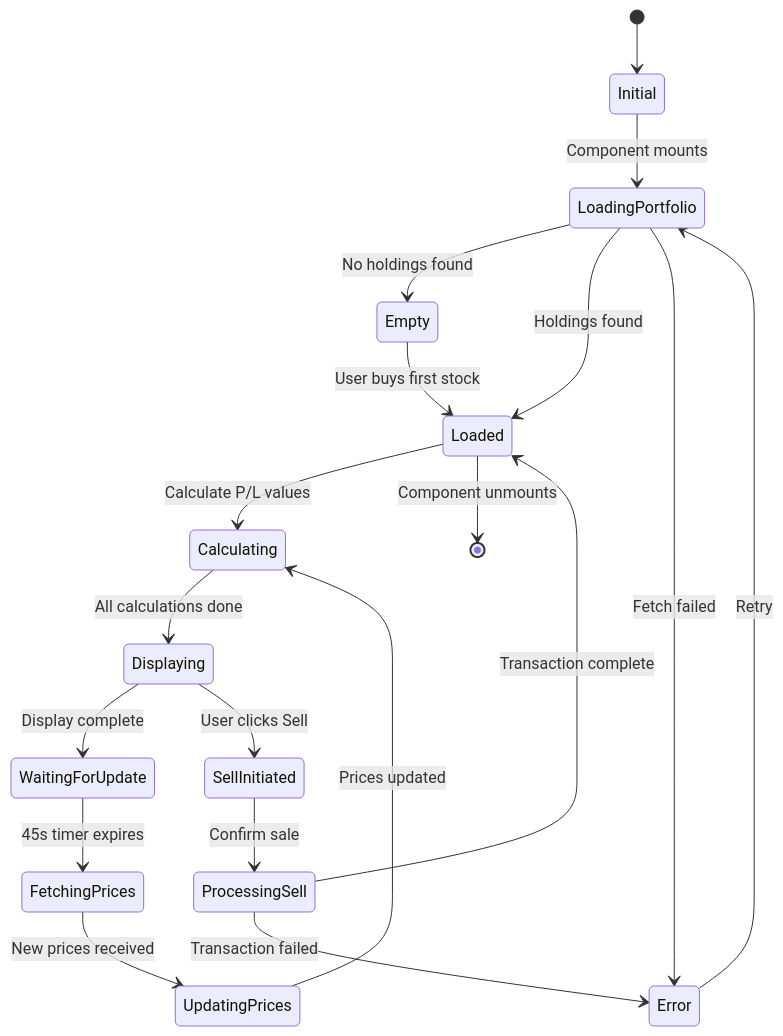
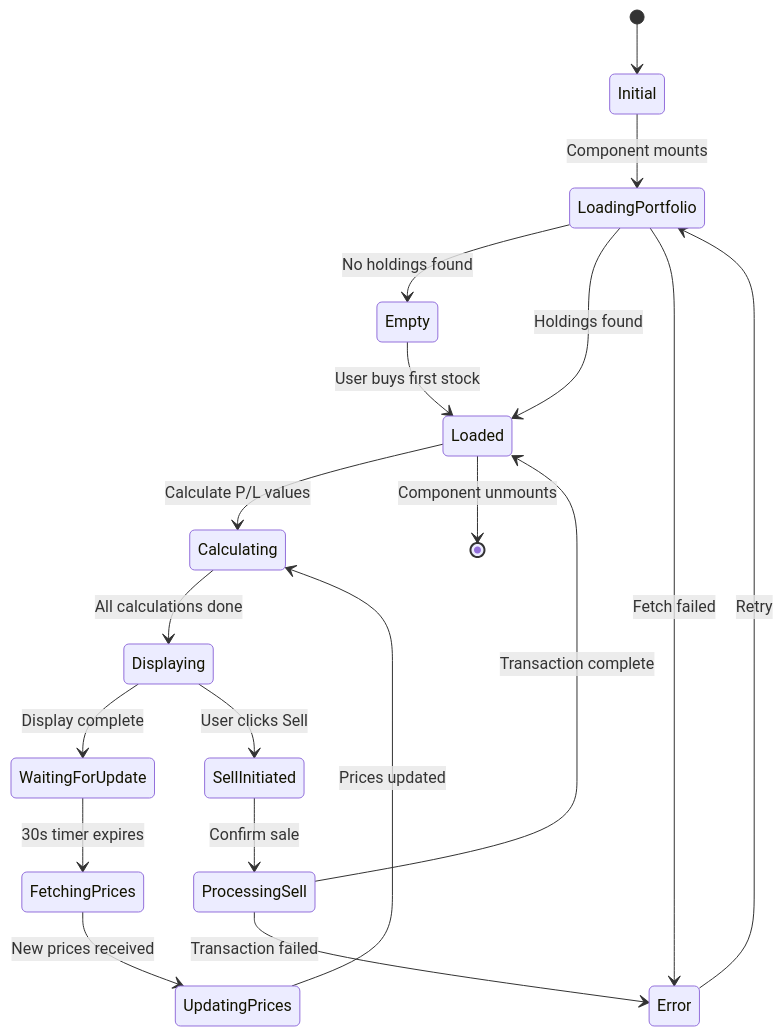
One commit to shubhamsp012/wallet-stock-quest changed the third of 5 diagrams in docs/state-diagrams.md. Above: the diagram before and after it, drawn with Mermaid. The commit also changed other lines of this file and 5 other files, not shown here.

Commit message:
Add UML diagrams

````diff
--- a/docs/state-diagrams.md
+++ b/docs/state-diagrams.md
@@ -96,29 +96,29 @@
 ```mermaid
 stateDiagram-v2
     [*] --> Initial
     
     Initial --> LoadingPortfolio: Component mounts
     LoadingPortfolio --> Empty: No holdings found
     LoadingPortfolio --> Loaded: Holdings found
     LoadingPortfolio --> Error: Fetch failed
     
     Empty --> Loaded: User buys first stock
     
     Loaded --> Calculating: Calculate P/L values
     Calculating --> Displaying: All calculations done
     
     Displaying --> WaitingForUpdate: Display complete
-    WaitingForUpdate --> FetchingPrices: 45s timer expires
+    WaitingForUpdate --> FetchingPrices: 30s timer expires
     
     FetchingPrices --> UpdatingPrices: New prices received
     UpdatingPrices --> Calculating: Prices updated
     
     Displaying --> SellInitiated: User clicks Sell
     SellInitiated --> ProcessingSell: Confirm sale
     ProcessingSell --> Loaded: Transaction complete
     ProcessingSell --> Error: Transaction failed
     
     Error --> LoadingPortfolio: Retry
     
     Loaded --> [*]: Component unmounts
 ```
````
